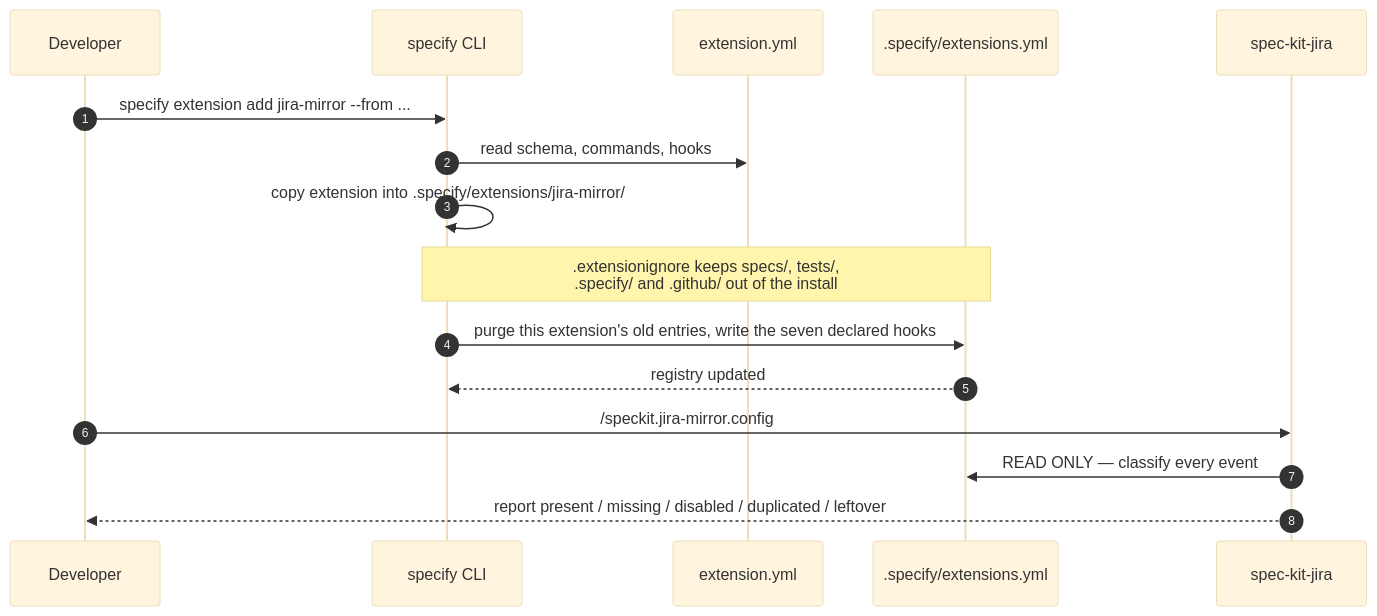
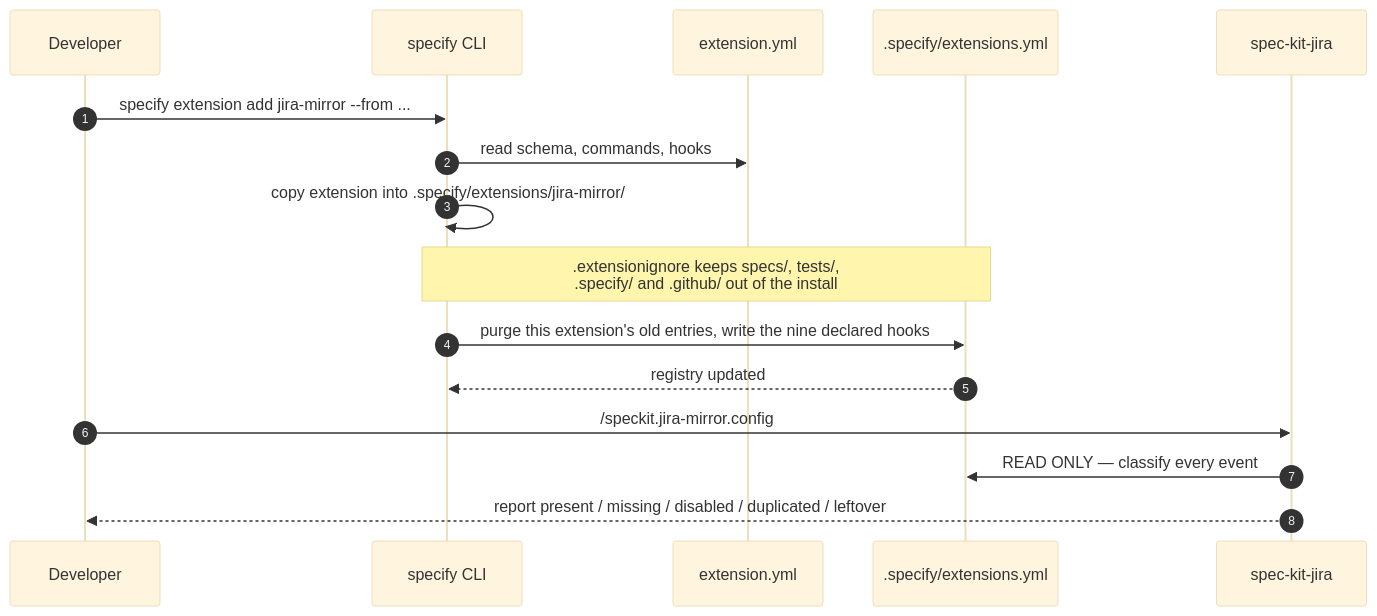
One commit to Fyloss/spec-kit-jira changed the second of 5 diagrams in docs/03-lifecycle-hooks.md. Above: the diagram before and after it, drawn with Mermaid (base theme). The commit also changed other lines of this file and 121 other files, not shown here.

````diff
--- a/docs/03-lifecycle-hooks.md
+++ b/docs/03-lifecycle-hooks.md
@@ -51,20 +65,20 @@
 ```mermaid
 sequenceDiagram
     autonumber
     participant Dev as Developer
     participant Specify as specify CLI
     participant Manifest as extension.yml
     participant Registry as .specify/extensions.yml
     participant Bridge as spec-kit-jira
 
     Dev->>Specify: specify extension add jira-mirror --from ...
     Specify->>Manifest: read schema, commands, hooks
     Specify->>Specify: copy extension into .specify/extensions/jira-mirror/
     Note over Specify,Registry: .extensionignore keeps specs/, tests/,<br/>.specify/ and .github/ out of the install
-    Specify->>Registry: purge this extension's old entries, write the seven declared hooks
+    Specify->>Registry: purge this extension's old entries, write the nine declared hooks
     Registry-->>Specify: registry updated
 
     Dev->>Bridge: /speckit.jira-mirror.config
     Bridge->>Registry: READ ONLY — classify every event
     Bridge-->>Dev: report present / missing / disabled / duplicated / leftover
 ```
````
